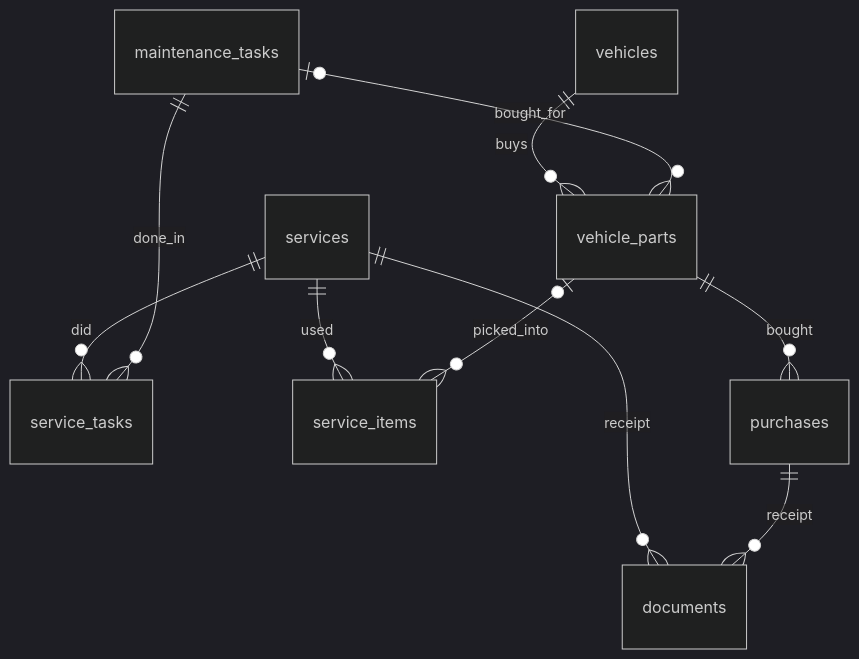
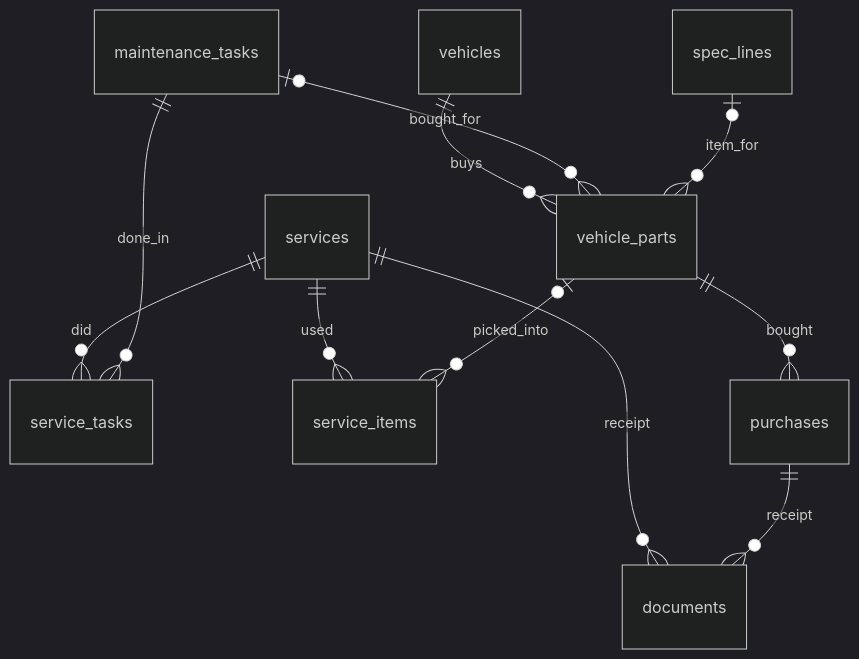
Before and after one commit to tmy-code/tmy_garage: the third of 3 diagrams in docs/data-model.md, drawn with Mermaid (dark theme). The commit also changed other lines of this file and 14 other files, not shown here.

First line of the commit message:
Link an item to its Spec Line; keep section buttons beside their heading

````diff
--- a/docs/data-model.md
+++ b/docs/data-model.md
@@ -197,12 +197,13 @@
 ```mermaid
 erDiagram
   services ||--o{ service_tasks : did
   maintenance_tasks ||--o{ service_tasks : done_in
   services ||--o{ service_items : used
   vehicles ||--o{ vehicle_parts : buys
   vehicle_parts |o--o{ service_items : picked_into
   maintenance_tasks |o--o{ vehicle_parts : bought_for
   vehicle_parts ||--o{ purchases : bought
+  spec_lines |o--o{ vehicle_parts : item_for
   services ||--o{ documents : receipt
   purchases ||--o{ documents : receipt
 ```
````
